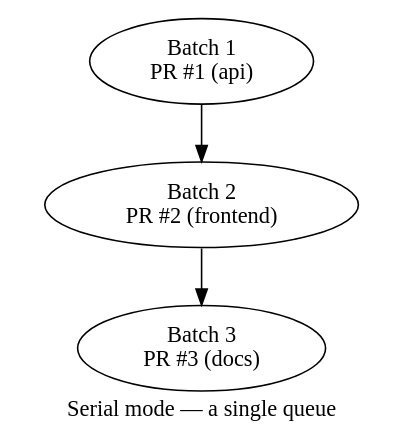
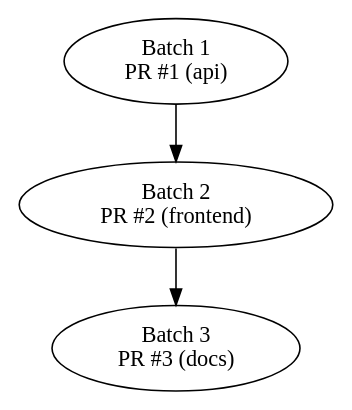
One commit to Mergifyio/docs changed the first of 5 diagrams in src/content/docs/merge-queue/queue-modes.mdx. Above: the diagram before and after it, drawn with Graphviz. The commit also changed other lines of this file and 20 other files, not shown here.

First line of the commit message:
feat(diagrams): size by type, caption in HTML, one meaning per role

````diff
--- a/src/content/docs/merge-queue/queue-modes.mdx
+++ b/src/content/docs/merge-queue/queue-modes.mdx
@@ -41,9 +41,8 @@
-```dot class="queue"
+```dot class="queue" title="Serial mode — one queue: batch 1 is being tested, batches 2 and 3 wait behind it"
 digraph {
-  label="Serial mode — a single queue";
-  PR1 [label="Batch 1\nPR #1 (api)", class="queued"];
+  PR1 [label="Batch 1\nPR #1 (api)", class="pending"];
   PR2 [label="Batch 2\nPR #2 (frontend)", class="queued"];
   PR3 [label="Batch 3\nPR #3 (docs)", class="queued"];
   PR1 -> PR2 -> PR3;
 }
 ```
````
